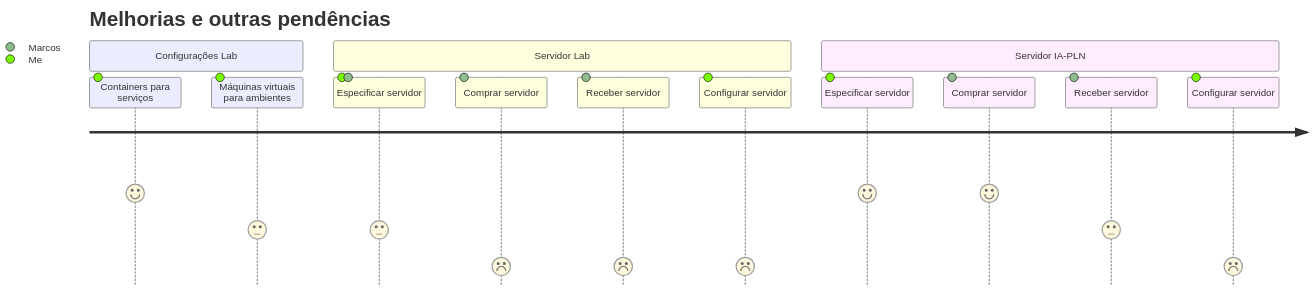
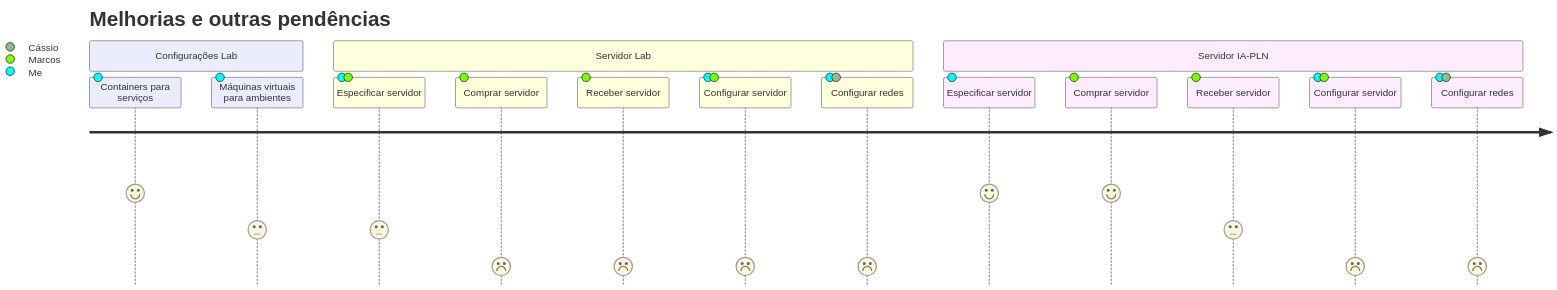
One commit to LabQS-ITA/cloud changed the fifth of 5 diagrams in xen/README.md. Above: the diagram before and after it, drawn with Mermaid. The commit also changed other lines of this file, not shown here.

````diff
--- a/xen/README.md
+++ b/xen/README.md
@@ -351,17 +382,19 @@
 ```mermaid
 journey
     title Melhorias e outras pendências
     section Configurações Lab
         Containers para serviços: 5: Me
         Máquinas virtuais para ambientes: 3: Me
     section Servidor Lab
         Especificar servidor: 3: Me, Marcos
         Comprar servidor: 1: Marcos
         Receber servidor: 1: Marcos
-        Configurar servidor: 1: Me
+        Configurar servidor: 1: Me, Marcos
+        Configurar redes: 1: Me, Cássio
     section Servidor IA-PLN
         Especificar servidor: 5: Me
         Comprar servidor: 5: Marcos
         Receber servidor: 3: Marcos
-        Configurar servidor: 1: Me
+        Configurar servidor: 1: Me, Marcos
+        Configurar redes: 1: Me, Cássio
 ```
````
